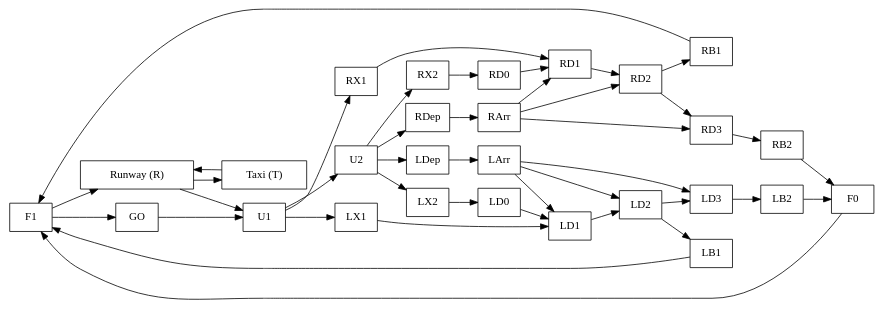
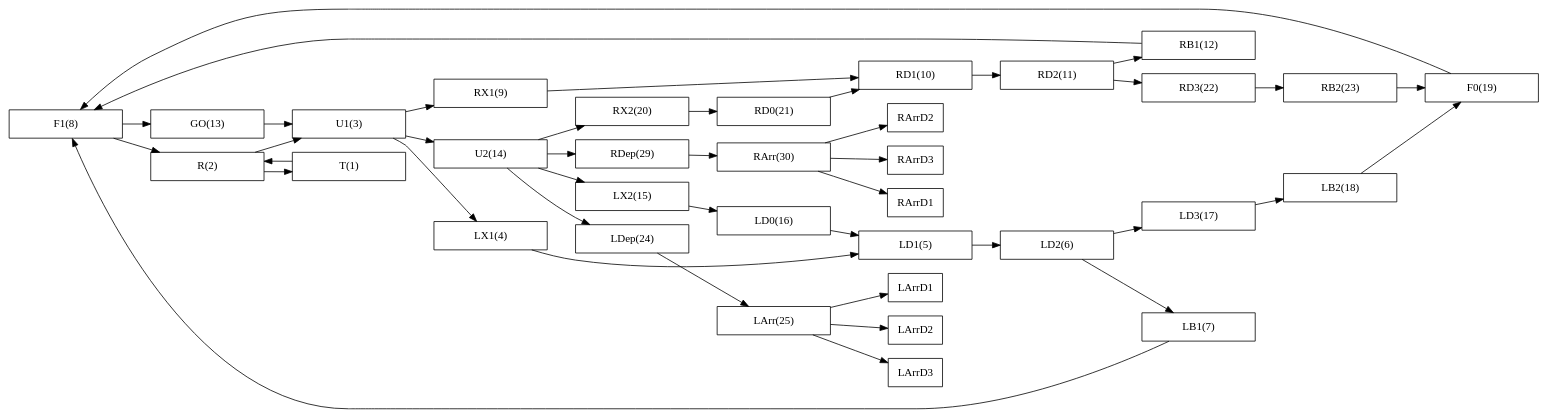
Before and after one commit to sisl/autoATC: the diagram in pattern.dot, drawn with Graphviz. The commit also changed 2 other files, not shown here.

```diff
--- a/pattern.dot
+++ b/pattern.dot
@@ -1,74 +1,73 @@
 digraph G {
 rankdir=LR
-
 splines=true
 node [shape = box]
 
-F1[label="F1", pin=true, pos="-2.00, 0.00!"]
-U2[label="U2", pin=true, pos="4.00, 0.00!"]
-LD3[label="LD3", pin=true, pos="-4.00, 2.00!"]
-F0[label="F0", pin=true, pos="-4.00, 0.00!"]
-LD1[label="LD1", pin=true, pos="2.00, 2.00!"]
-LX2[label="LX2", pin=true, pos="5.00, 1.00!"]
-T[label="Taxi (T)", pin=true, pos="0.00, -1.00!", shape = polygon, width = 1.5]
-RB2[label="RB2", pin=true, pos="-5.00, -1.00!"]
-LX1[label="LX1", pin=true, pos="3.00, 1.00!"]
-RX2[label="RX2", pin=true, pos="5.00, -1.00!"]
-RD2[label="RD2", pin=true, pos="-2.00, -2.00!"]
-GO[label="GO", pin=true, pos="0.00, 1.00!"]
-RArr[label="RArr", pin=true, pos="-2.00, -4.00!"]
-LD2[label="LD2", pin=true, pos="-2.00, 2.00!"]
-LArr[label="LArr", pin=true, pos="-2.00, 4.00!"]
-RD1[label="RD1", pin=true, pos="2.00, -2.00!"]
-RD3[label="RD3", pin=true, pos="-4.00, -2.00!"]
-RD0[label="RD0", pin=true, pos="4.00, -2.00!"]
-LB1[label="LB1", pin=true, pos="-3.00, 1.00!"]
-U1[label="U1", pin=true, pos="2.00, 0.00!"]
-LDep[label="LDep", pin=true, pos="2.00, 4.00!", shape = polygon]
-R[label="Runway (R)", pin=true, pos="0.00, 0.00!", width=2]
-RX1[label="RX1", pin=true, pos="3.00, -1.00!"]
-LD0[label="LD0", pin=true, pos="4.00, 2.00!"]
-LB2[label="LB2", pin=true, pos="-5.00, 1.00!"]
-RB1[label="RB1", pin=true, pos="-3.00, -1.00!"]
-RDep[label="RDep", pin=true, pos="2.00, -4.00!", shape = polygon]
+F1[label="F1(8)", pos="-2.00, 0.00", pin=true, width=2]
+U2[label="U2(14)", pos="4.00, 0.00", pin=true, width=2]
+F0[label="F0(19)", pos="-4.00, 0.00", pin=true, width=2]
+LD3[label="LD3(17)", pos="-4.00, 2.00", pin=true, width=2]
+LD1[label="LD1(5)", pos="2.00, 2.00", pin=true, width=2]
+LX2[label="LX2(15)", pos="5.00, 1.00", pin=true, width=2]
+T[label="T(1)", pos="0.00, -1.00", pin=true, width=2]
+RB2[label="RB2(23)", pos="-5.00, -1.00", pin=true, width=2]
+LX1[label="LX1(4)", pos="3.00, 1.00", pin=true, width=2]
+RX2[label="RX2(20)", pos="5.00, -1.00", pin=true, width=2]
+GO[label="GO(13)", pos="0.00, 1.00", pin=true, width=2]
+RD2[label="RD2(11)", pos="-2.00, -2.00", pin=true, width=2]
+RArr[label="RArr(30)", pos="-2.00, -4.00", pin=true, width=2]
+LD2[label="LD2(6)", pos="-2.00, 2.00", pin=true, width=2]
+LArr[label="LArr(25)", pos="-2.00, 4.00", pin=true, width=2]
+RD1[label="RD1(10)", pos="2.00, -2.00", pin=true, width=2]
+RD3[label="RD3(22)", pos="-4.00, -2.00", pin=true, width=2]
+RD0[label="RD0(21)", pos="4.00, -2.00", pin=true, width=2]
+LB1[label="LB1(7)", pos="-3.00, 1.00", pin=true, width=2]
+U1[label="U1(3)", pos="2.00, 0.00", pin=true, width=2]
+LDep[label="LDep(24)", pos="2.00, 4.00", pin=true, width=2]
+R[label="R(2)", pos="0.00, 0.00", pin=true, width=2]
+RX1[label="RX1(9)", pos="3.00, -1.00", pin=true, width=2]
+LD0[label="LD0(16)", pos="4.00, 2.00", pin=true, width=2]
+LB2[label="LB2(18)", pos="-5.00, 1.00", pin=true, width=2]
+RB1[label="RB1(12)", pos="-3.00, -1.00", pin=true, width=2]
+RDep[label="RDep(29)", pos="2.00, -4.00", pin=true, width=2]
 F1 -> R
 F1 -> GO
 U2 -> LX2
 U2 -> RX2
 U2 -> LDep
 U2 -> RDep
+F0 -> F1
 LD3 -> LB2
-F0 -> F1
 LD1 -> LD2
 LX2 -> LD0
 T -> R
 RB2 -> F0
 LX1 -> LD1
 RX2 -> RD0
+GO -> U1
 RD2 -> RB1
 RD2 -> RD3
-GO -> U1
-RArr -> RD1
-RArr -> RD2
-RArr -> RD3
+RArr -> RArrD1
+RArr -> RArrD2
+RArr -> RArrD3
 LD2 -> LB1
 LD2 -> LD3
-LArr -> LD1
-LArr -> LD2
-LArr -> LD3
+LArr -> LArrD1
+LArr -> LArrD2
+LArr -> LArrD3
 RD1 -> RD2
 RD3 -> RB2
 RD0 -> RD1
 LB1 -> F1
 U1 -> LX1
 U1 -> RX1
 U1 -> U2
 LDep -> LArr
 R -> U1
 R -> T
 RX1 -> RD1
 LD0 -> LD1
 LB2 -> F0
 RB1 -> F1
 RDep -> RArr
 }
```
